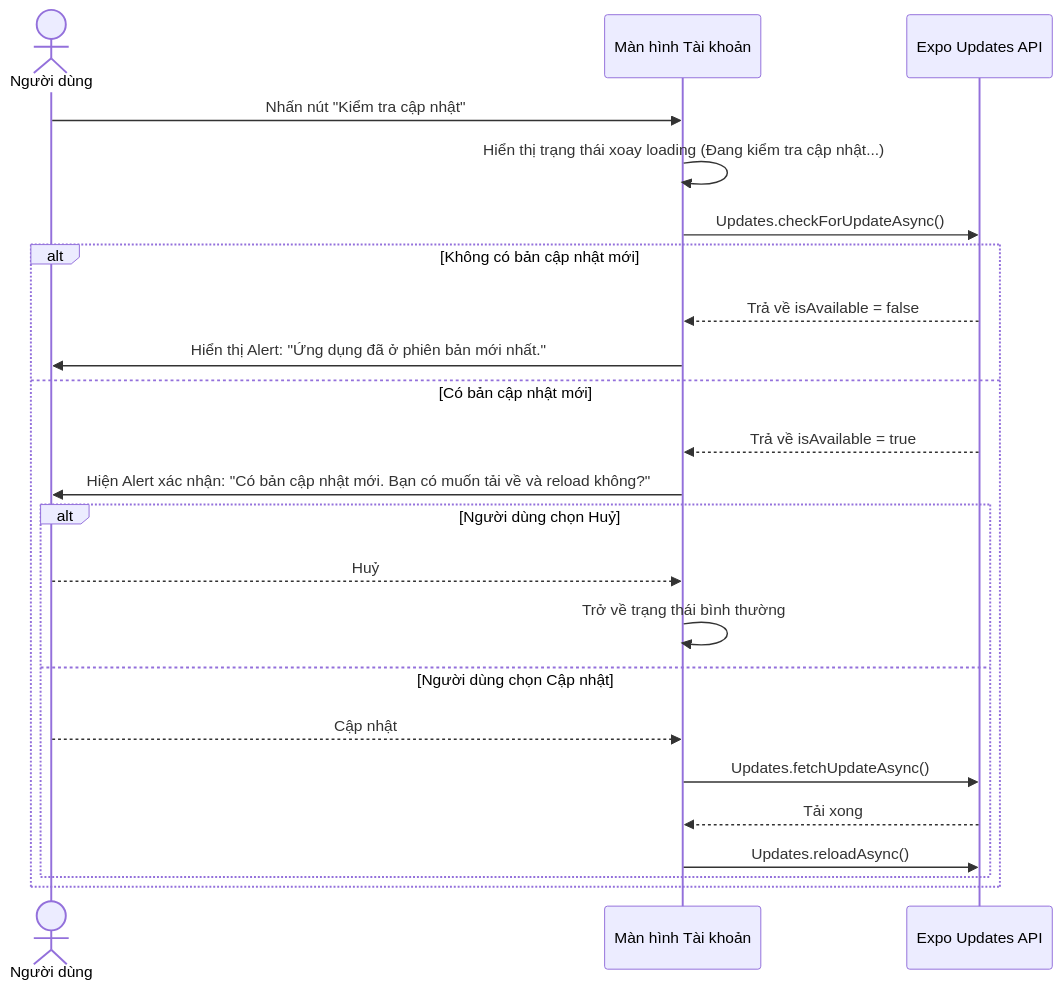
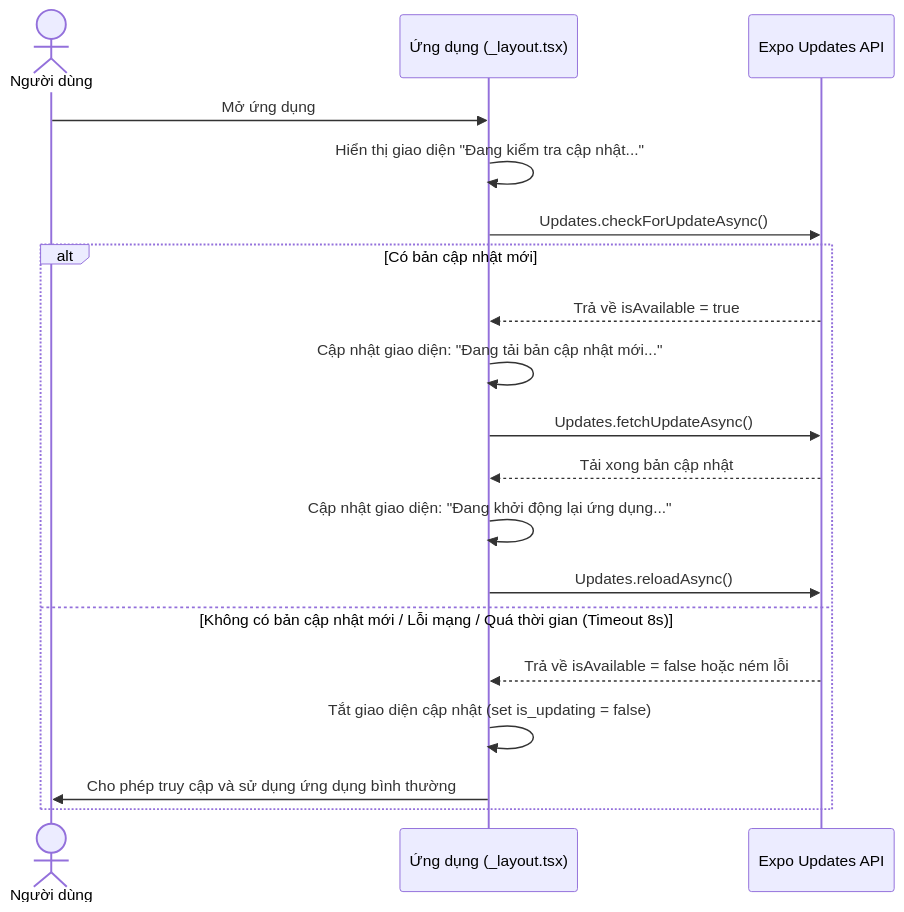
Before and after one commit to duyvanda/fontendapp: the diagram in implementation_OTA.md, drawn with Mermaid. The commit also changed other lines of this file and 3 other files, not shown here.

````diff
--- a/implementation_OTA.md
+++ b/implementation_OTA.md
@@ -7,26 +9,23 @@
 ```mermaid
 sequenceDiagram
     actor User as Người dùng
-    participant App as Màn hình Tài khoản
+    participant App as Ứng dụng (_layout.tsx)
     participant Expo as Expo Updates API
 
-    User->>App: Nhấn nút "Kiểm tra cập nhật"
-    App->>App: Hiển thị trạng thái xoay loading (Đang kiểm tra cập nhật...)
+    User->>App: Mở ứng dụng
+    App->>App: Hiển thị giao diện "Đang kiểm tra cập nhật..."
     App->>Expo: Updates.checkForUpdateAsync()
-    alt Không có bản cập nhật mới
-        Expo-->>App: Trả về isAvailable = false
-        App->>User: Hiển thị Alert: "Ứng dụng đã ở phiên bản mới nhất."
-    else Có bản cập nhật mới
+    
+    alt Có bản cập nhật mới
         Expo-->>App: Trả về isAvailable = true
-        App->>User: Hiện Alert xác nhận: "Có bản cập nhật mới. Bạn có muốn tải về và reload không?"
-        alt Người dùng chọn Huỷ
-            User-->>App: Huỷ
-            App->>App: Trở về trạng thái bình thường
-        else Người dùng chọn Cập nhật
-            User-->>App: Cập nhật
-            App->>Expo: Updates.fetchUpdateAsync()
-            Expo-->>App: Tải xong
-            App->>Expo: Updates.reloadAsync()
-        end
+        App->>App: Cập nhật giao diện: "Đang tải bản cập nhật mới..."
+        App->>Expo: Updates.fetchUpdateAsync()
+        Expo-->>App: Tải xong bản cập nhật
+        App->>App: Cập nhật giao diện: "Đang khởi động lại ứng dụng..."
+        App->>Expo: Updates.reloadAsync()
+    else Không có bản cập nhật mới / Lỗi mạng / Quá thời gian (Timeout 8s)
+        Expo-->>App: Trả về isAvailable = false hoặc ném lỗi
+        App->>App: Tắt giao diện cập nhật (set is_updating = false)
+        App->>User: Cho phép truy cập và sử dụng ứng dụng bình thường
     end
 ```
````
